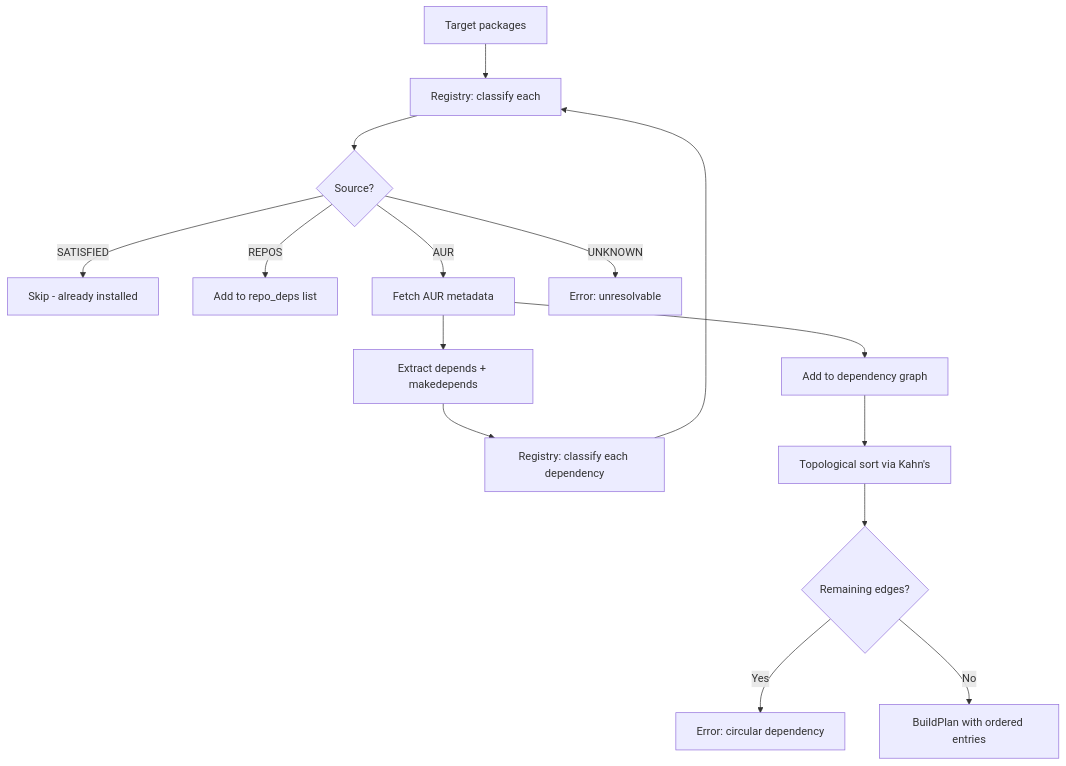
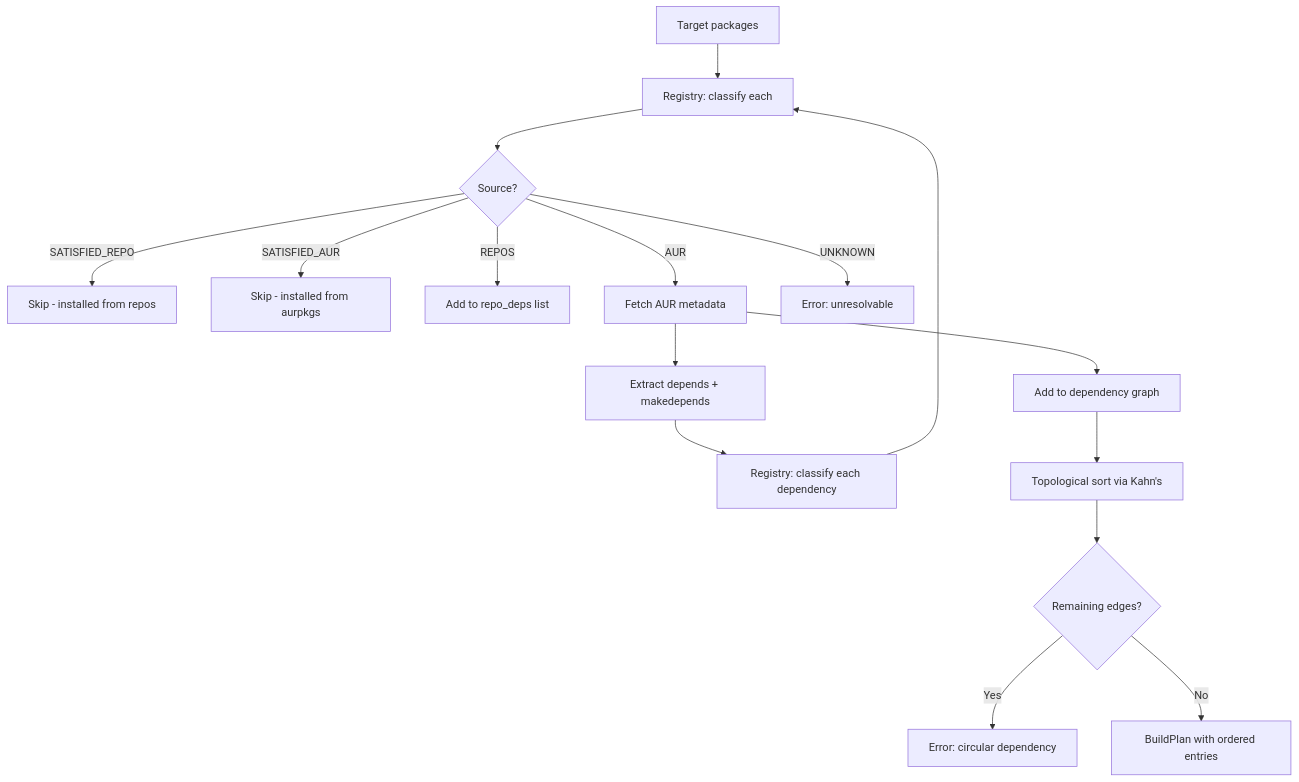
The third of 3 diagrams in docs/architecture/aurodle-aur-helper.md (rmarquis/aurodle), drawn with Mermaid before and after one commit. The commit also changed other lines of this file and 8 other files, not shown here.

First line of the commit message:
:memo: split Source.satisfied into satisfied_repo and satisfied_aur in docs

````diff
--- a/docs/architecture/aurodle-aur-helper.md
+++ b/docs/architecture/aurodle-aur-helper.md
@@ -566,17 +572,18 @@
 ```mermaid
 flowchart TD
     A[Target packages] --> B[Registry: classify each]
     B --> C{Source?}
-    C -->|SATISFIED| D[Skip - already installed]
+    C -->|SATISFIED_REPO| D1[Skip - installed from repos]
+    C -->|SATISFIED_AUR| D2[Skip - installed from aurpkgs]
     C -->|REPOS| E[Add to repo_deps list]
     C -->|AUR| F[Fetch AUR metadata]
     C -->|UNKNOWN| G[Error: unresolvable]
     F --> H[Extract depends + makedepends]
     H --> I[Registry: classify each dependency]
     I --> B
     F --> J[Add to dependency graph]
     J --> K[Topological sort via Kahn's]
     K --> L{Remaining edges?}
     L -->|Yes| M[Error: circular dependency]
     L -->|No| N[BuildPlan with ordered entries]
 ```
````
